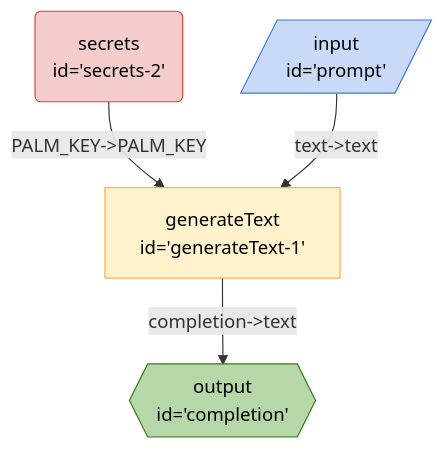
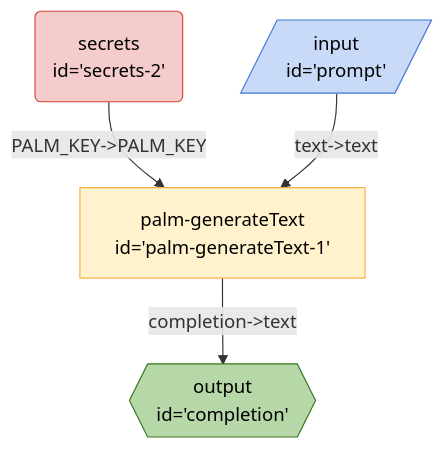
Before and after one commit to breadboard-ai/breadboard: the diagram in seeds/graph-playground/docs/graphs/simplest.md, drawn with Mermaid. The commit also changed 55 other files, not shown here.

````diff
--- a/seeds/graph-playground/docs/graphs/simplest.md
+++ b/seeds/graph-playground/docs/graphs/simplest.md
@@ -5,15 +5,15 @@
   ```mermaid
   %%{init: 'themeVariables': { 'fontFamily': 'Fira Code, monospace' }}%%
 graph TD;
-secrets2("secrets <br> id='secrets-2'"):::secrets -- "PALM_KEY->PALM_KEY" --> generateText1["generateText <br> id='generateText-1'"]
-generateText1["generateText <br> id='generateText-1'"] -- "completion->text" --> completion{{"output <br> id='completion'"}}:::output
-prompt[/"input <br> id='prompt'"/]:::input -- "text->text" --> generateText1["generateText <br> id='generateText-1'"]
+secrets2("secrets <br> id='secrets-2'"):::secrets -- "PALM_KEY->PALM_KEY" --> palmgenerateText1["palm-generateText <br> id='palm-generateText-1'"]
+palmgenerateText1["palm-generateText <br> id='palm-generateText-1'"] -- "completion->text" --> completion{{"output <br> id='completion'"}}:::output
+prompt[/"input <br> id='prompt'"/]:::input -- "text->text" --> palmgenerateText1["palm-generateText <br> id='palm-generateText-1'"]
 classDef default stroke:#ffab40,fill:#fff2ccff,color:#000
 classDef input stroke:#3c78d8,fill:#c9daf8ff,color:#000
 classDef output stroke:#38761d,fill:#b6d7a8ff,color:#000
 classDef passthrough stroke:#a64d79,fill:#ead1dcff,color:#000
 classDef slot stroke:#a64d79,fill:#ead1dcff,color:#000
 classDef config stroke:#a64d79,fill:#ead1dcff,color:#000
 classDef secrets stroke:#db4437,fill:#f4cccc,color:#000
 classDef slotted stroke:#a64d79
   ```
````
